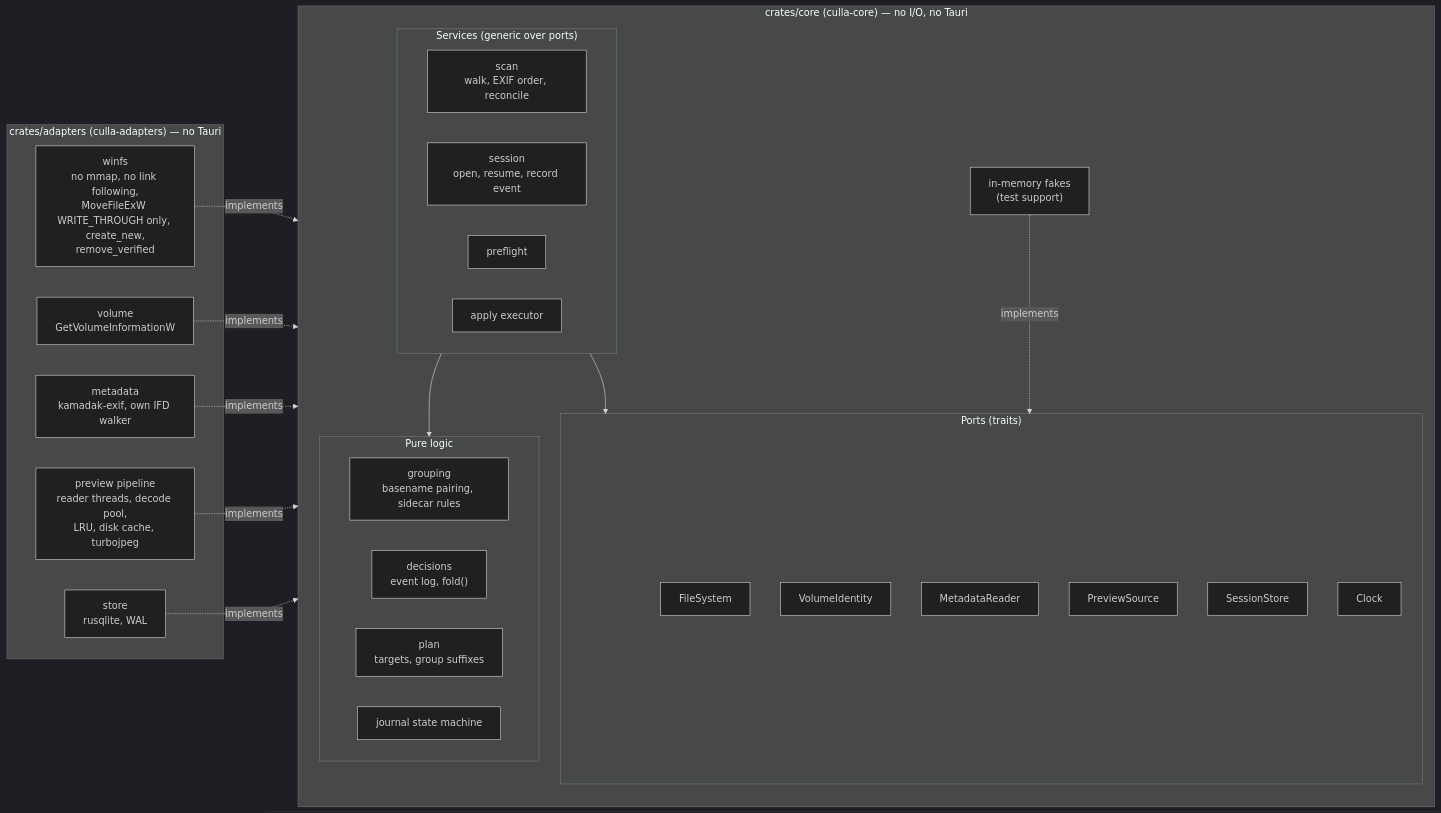
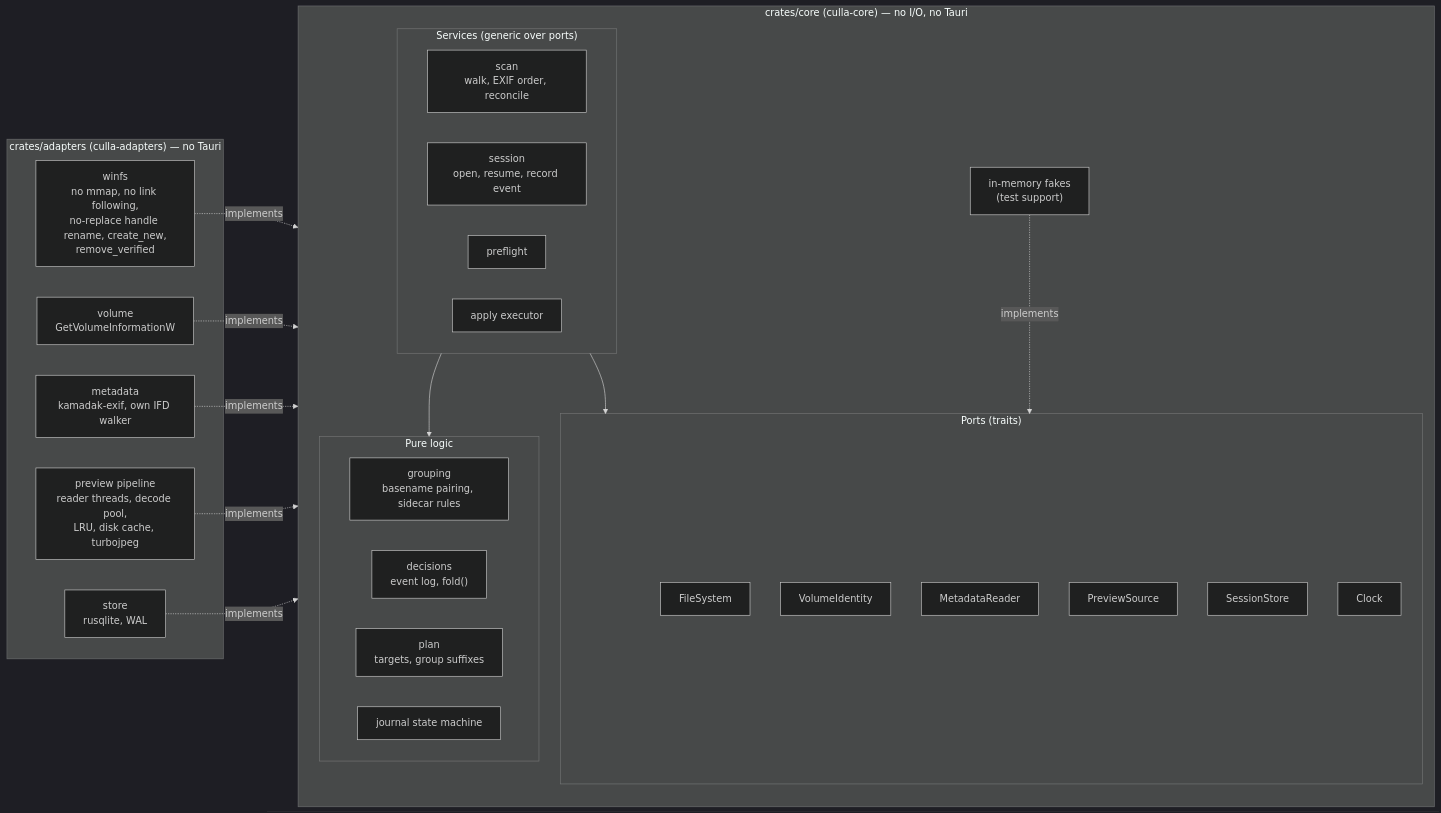
The third of 9 diagrams in docs/architecture.md (margaux-faurie/culla), drawn with Mermaid (dark theme) before and after one commit. The commit also changed other lines of this file and 12 other files, not shown here.

````diff
--- a/docs/architecture.md
+++ b/docs/architecture.md
@@ -122,44 +122,44 @@
 ```mermaid
 flowchart LR
   subgraph core["crates/core (culla-core) — no I/O, no Tauri"]
     direction TB
     subgraph domain["Pure logic"]
       grouping["grouping<br/>basename pairing, sidecar rules"]
       decisions["decisions<br/>event log, fold()"]
       planner["plan<br/>targets, group suffixes"]
       journalsm["journal state machine"]
     end
     subgraph services["Services (generic over ports)"]
       scan["scan<br/>walk, EXIF order, reconcile"]
       session["session<br/>open, resume, record event"]
       preflight["preflight"]
       apply["apply executor"]
     end
     subgraph ports["Ports (traits)"]
       pfs["FileSystem"]
       pvol["VolumeIdentity"]
       pmeta["MetadataReader"]
       ppre["PreviewSource"]
       pstore["SessionStore"]
       pclock["Clock"]
     end
     fakes["in-memory fakes<br/>(test support)"]
   end
 
   subgraph adapters["crates/adapters (culla-adapters) — no Tauri"]
-    afs["winfs<br/>no mmap, no link following,<br/>MoveFileExW WRITE_THROUGH only, create_new,<br/>remove_verified"]
+    afs["winfs<br/>no mmap, no link following,<br/>no-replace handle rename, create_new,<br/>remove_verified"]
     avol["volume<br/>GetVolumeInformationW"]
     ameta["metadata<br/>kamadak-exif, own IFD walker"]
     apre["preview pipeline<br/>reader threads, decode pool,<br/>LRU, disk cache, turbojpeg"]
     asql["store<br/>rusqlite, WAL"]
   end
 
   services --> domain
   services --> ports
   afs -.implements.-> pfs
   avol -.implements.-> pvol
   ameta -.implements.-> pmeta
   apre -.implements.-> ppre
   asql -.implements.-> pstore
   fakes -.implements.-> ports
 ```
````
